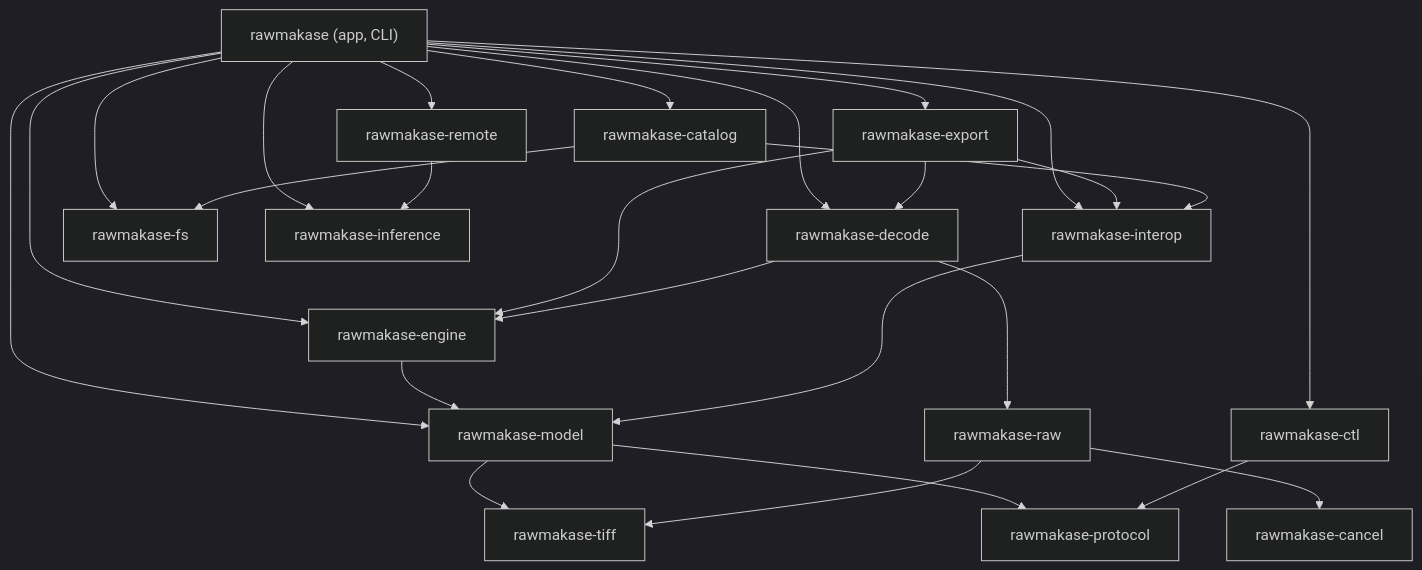
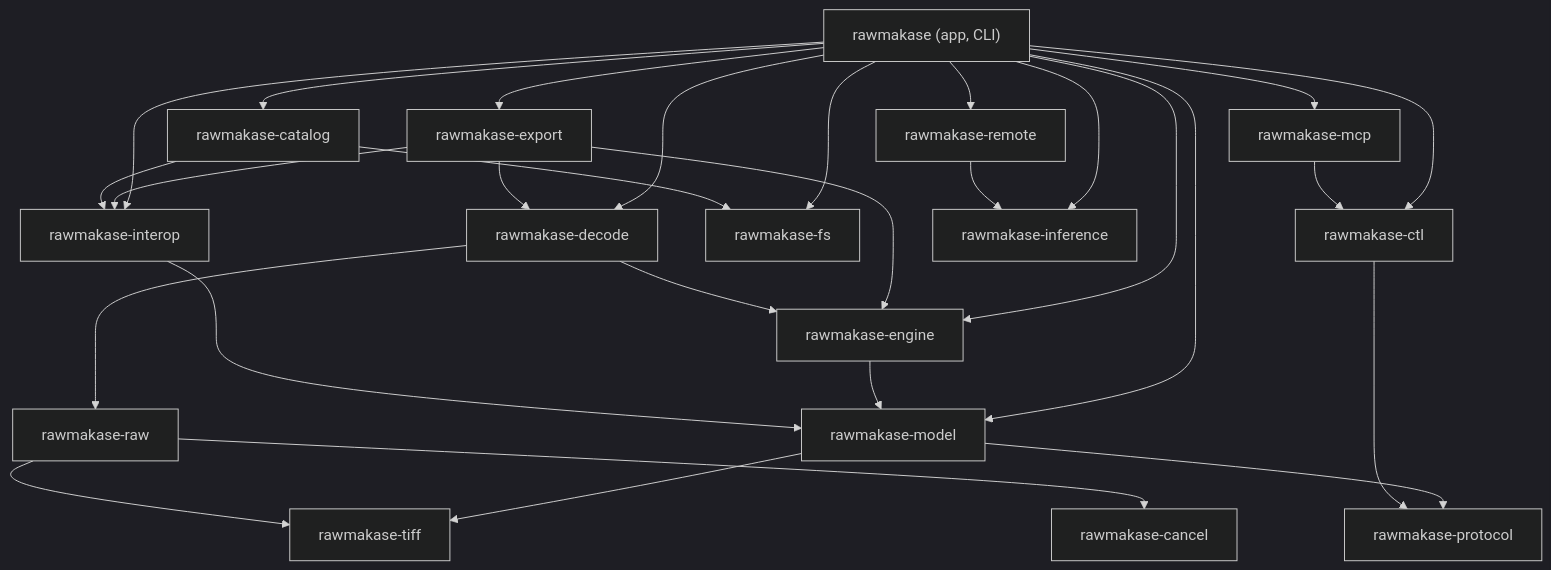
Before and after one commit to pch/rawmakase: the diagram in docs/architecture.md, drawn with Mermaid (dark theme). The commit also changed other lines of this file and 14 other files, not shown here.

First line of the commit message:
Move the MCP server into its own crate, rawmakase-mcp

````diff
--- a/docs/architecture.md
+++ b/docs/architecture.md
@@ -15,30 +15,32 @@
 ```mermaid
 flowchart TD
     app["rawmakase (app, CLI)"]
     export[rawmakase-export]
     decode[rawmakase-decode]
     catalog[rawmakase-catalog]
     engine[rawmakase-engine]
     interop[rawmakase-interop]
     model[rawmakase-model]
     raw[rawmakase-raw]
     tiff[rawmakase-tiff]
     cancel[rawmakase-cancel]
     fs[rawmakase-fs]
     protocol[rawmakase-protocol]
     ctl[rawmakase-ctl]
+    mcp[rawmakase-mcp]
     remote[rawmakase-remote]
     inference[rawmakase-inference]
 
     app --> export & decode & catalog & engine & interop & model
-    app --> ctl & remote & inference & fs
+    app --> ctl & mcp & remote & inference & fs
     export --> decode & engine & interop
     decode --> engine & raw
     catalog --> interop & fs
     engine --> model
     interop --> model
     model --> tiff & protocol
     raw --> tiff & cancel
     ctl --> protocol
+    mcp --> ctl
     remote --> inference
 ```
````
